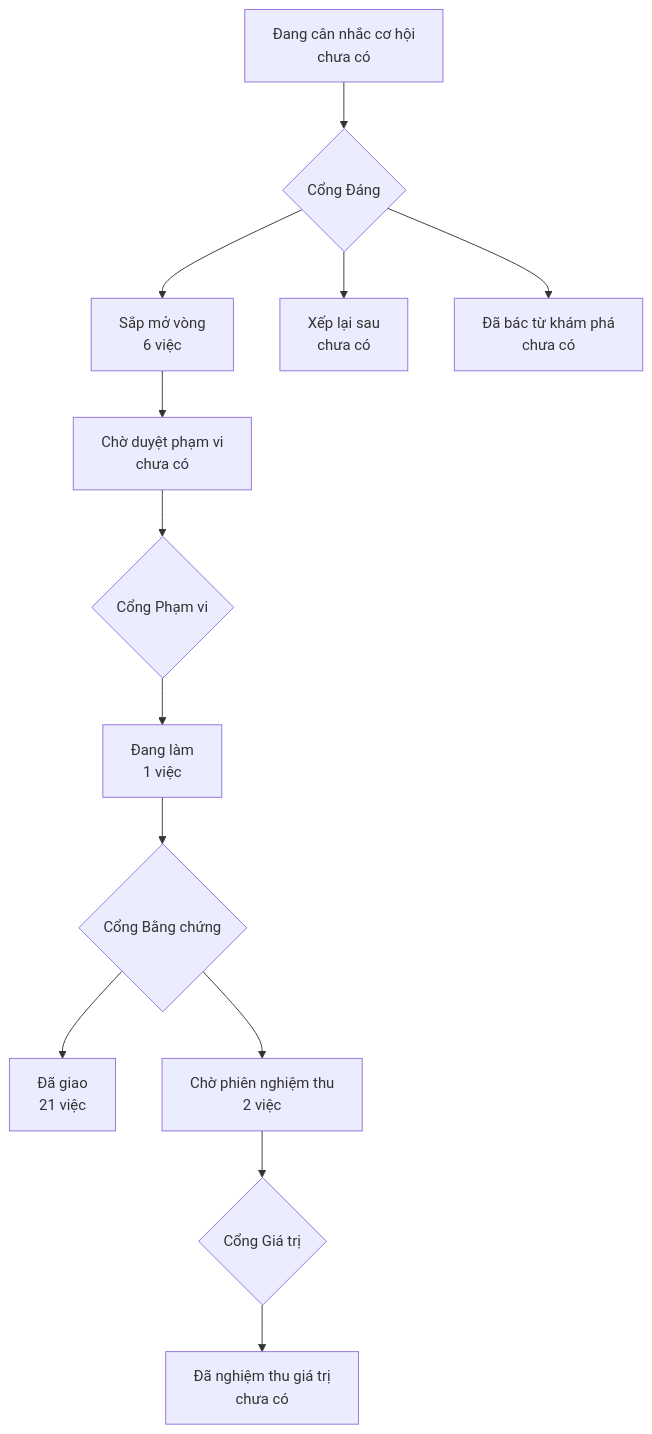
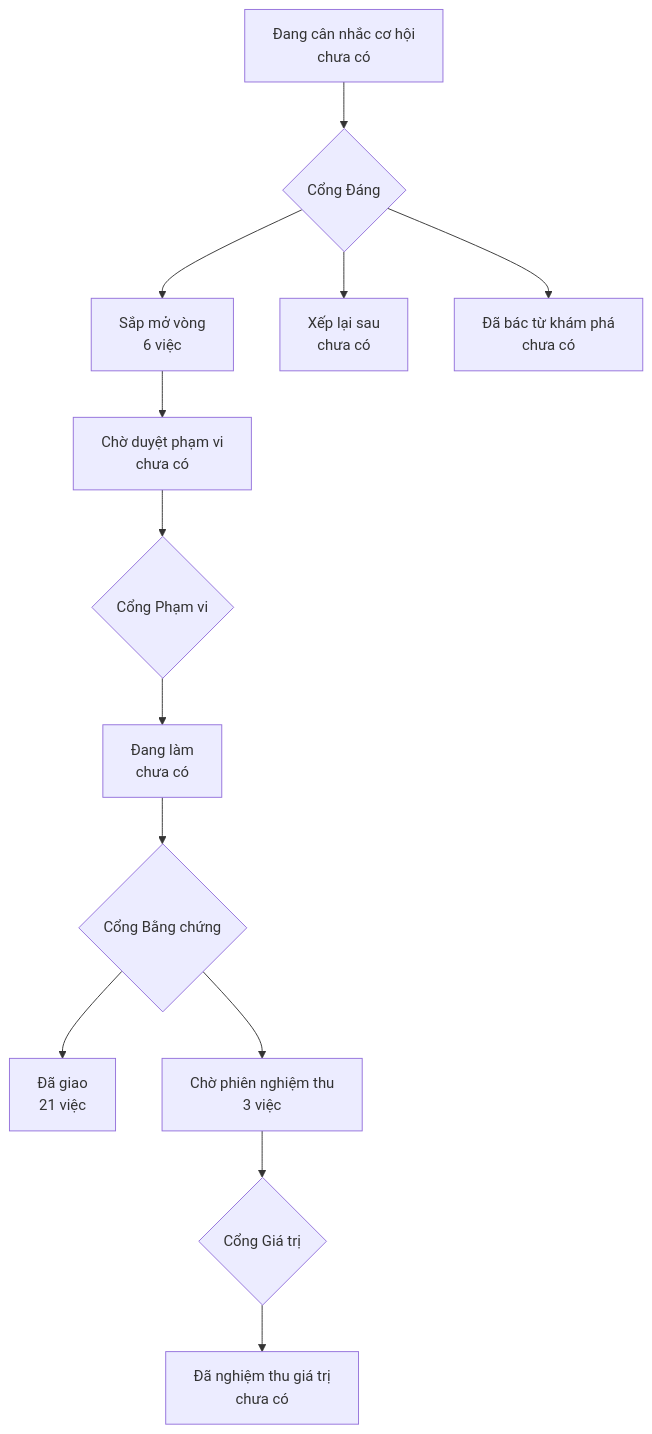
Before and after one commit to phanlemanh/onehub-invest: the diagram in PRODUCT-MAP.md, drawn with Mermaid. The commit also changed other lines of this file and 4 other files, not shown here.

````diff
--- a/PRODUCT-MAP.md
+++ b/PRODUCT-MAP.md
@@ -7,12 +7,12 @@
 ```mermaid
 flowchart TD
   A["Đang cân nhắc cơ hội<br/>chưa có"] --> GD{"Cổng Đáng"}
   GD --> B["Sắp mở vòng<br/>6 việc"]
   GD --> XL["Xếp lại sau<br/>chưa có"]
   GD --> DB["Đã bác từ khám phá<br/>chưa có"]
   B --> CD["Chờ duyệt phạm vi<br/>chưa có"] --> GP{"Cổng Phạm vi"}
-  GP --> DL["Đang làm<br/>1 việc"] --> GB{"Cổng Bằng chứng"}
+  GP --> DL["Đang làm<br/>chưa có"] --> GB{"Cổng Bằng chứng"}
   GB --> DG["Đã giao<br/>21 việc"]
-  GB --> CN["Chờ phiên nghiệm thu<br/>2 việc"] --> GG{"Cổng Giá trị"}
+  GB --> CN["Chờ phiên nghiệm thu<br/>3 việc"] --> GG{"Cổng Giá trị"}
   GG --> NT["Đã nghiệm thu giá trị<br/>chưa có"]
 ```
````
